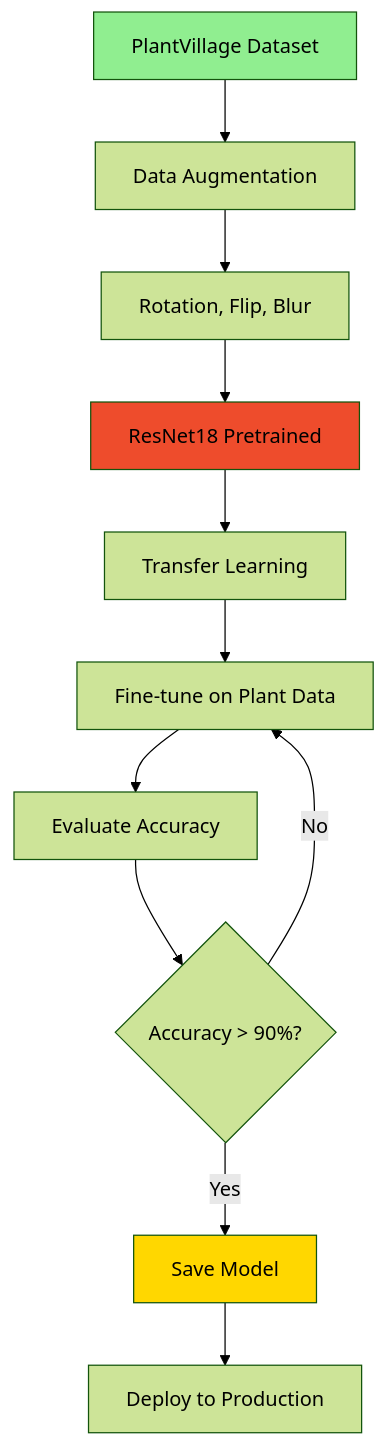
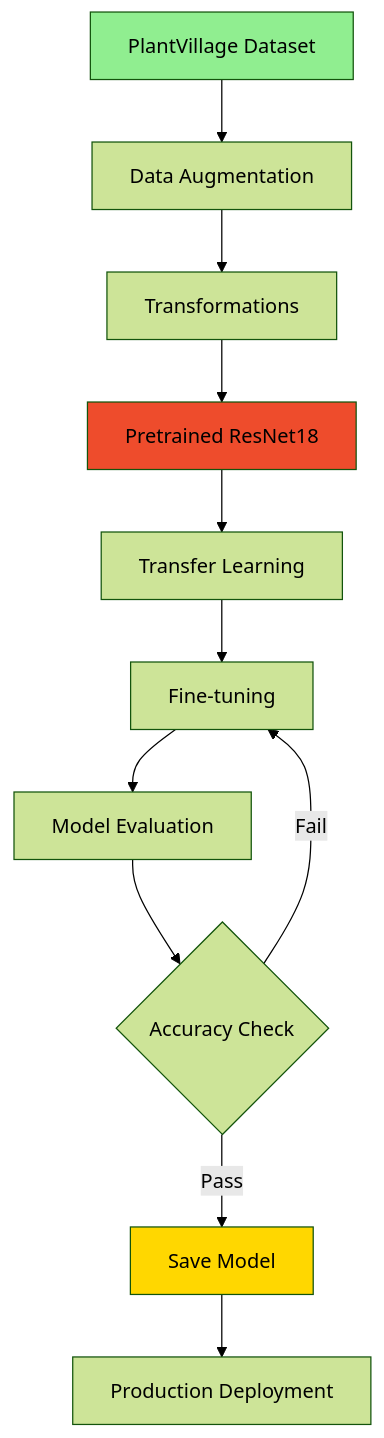
One commit to chandu1234678/AgroSight changed the fourth of 4 diagrams in README.md. Above: the diagram before and after it, drawn with Mermaid (forest theme). The commit also changed other lines of this file, not shown here.

````diff
--- a/README.md
+++ b/README.md
@@ -255,17 +294,17 @@
 ```mermaid
 graph TD
     A[PlantVillage Dataset] --> B[Data Augmentation]
-    B --> C[Rotation, Flip, Blur]
-    C --> D[ResNet18 Pretrained]
+    B --> C[Transformations]
+    C --> D[Pretrained ResNet18]
     D --> E[Transfer Learning]
-    E --> F[Fine-tune on Plant Data]
-    F --> G[Evaluate Accuracy]
-    G --> H{Accuracy > 90%?}
-    H -->|Yes| I[Save Model]
-    H -->|No| F
-    I --> J[Deploy to Production]
+    E --> F[Fine-tuning]
+    F --> G[Model Evaluation]
+    G --> H{Accuracy Check}
+    H -->|Pass| I[Save Model]
+    H -->|Fail| F
+    I --> J[Production Deployment]
     
     style A fill:#90EE90
     style D fill:#ee4c2c
     style I fill:#FFD700
 ```
````
